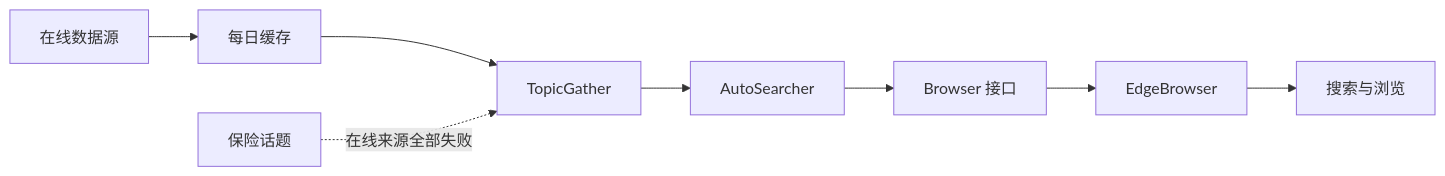
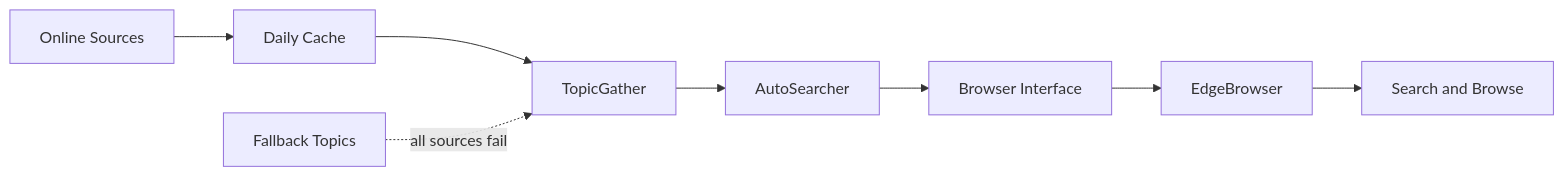
Before and after one commit to Ammmob/AutoSearcher: the diagram in README.zh-CN.md, drawn with Mermaid. The commit also changed other lines of this file and 1 other file, not shown here.

````diff
--- a/README.zh-CN.md
+++ b/README.zh-CN.md
@@ -40,10 +40,10 @@
 ```mermaid
 flowchart LR
-    Sources[在线数据源] --> Cache[每日缓存]
+    Sources[Online Sources] --> Cache[Daily Cache]
     Cache --> Gather[TopicGather]
-    Fallback[保险话题] -. 在线来源全部失败 .-> Gather
+    Fallback[Fallback Topics] -. all sources fail .-> Gather
     Gather --> Runner[AutoSearcher]
-    Runner --> Browser[Browser 接口]
+    Runner --> Browser[Browser Interface]
     Browser --> Edge[EdgeBrowser]
-    Edge --> Search[搜索与浏览]
+    Edge --> Search[Search and Browse]
 ```
````
